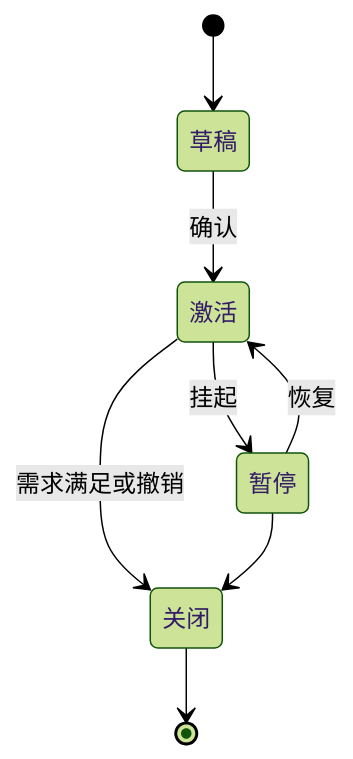
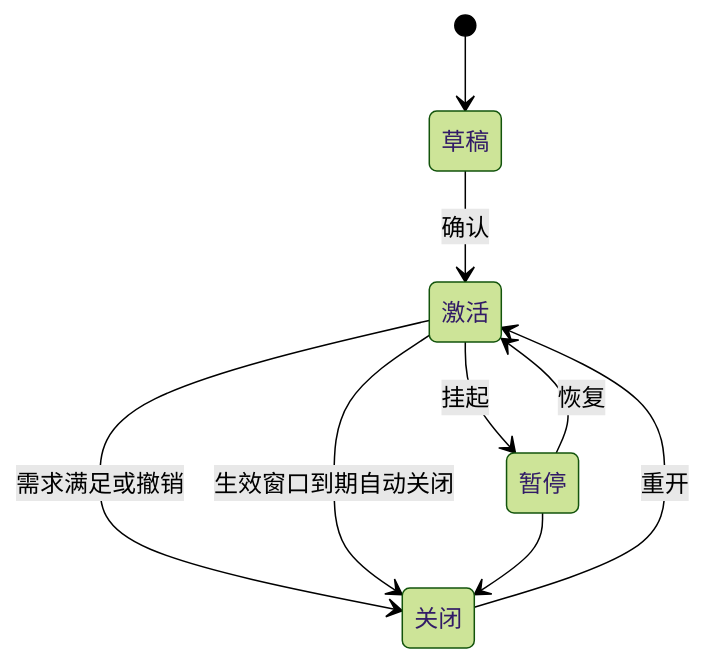
The fourth of 7 diagrams in backlog/docs/doc-02 - 领域模型-Domain-Model.md (leoricmaster/iih), drawn with Mermaid (forest theme) before and after one commit. The commit also changed other lines of this file and 26 other files, not shown here.

````diff
--- a/backlog/docs/doc-02 - 领域模型-Domain-Model.md
+++ b/backlog/docs/doc-02 - 领域模型-Domain-Model.md
@@ -123,10 +123,11 @@
 ```mermaid
 stateDiagram-v2
     [*] --> 草稿
     草稿 --> 激活: 确认
     激活 --> 暂停: 挂起
     暂停 --> 激活: 恢复
     激活 --> 关闭: 需求满足或撤销
+    激活 --> 关闭: 生效窗口到期自动关闭
     暂停 --> 关闭
-    关闭 --> [*]
+    关闭 --> 激活: 重开
 ```
````
